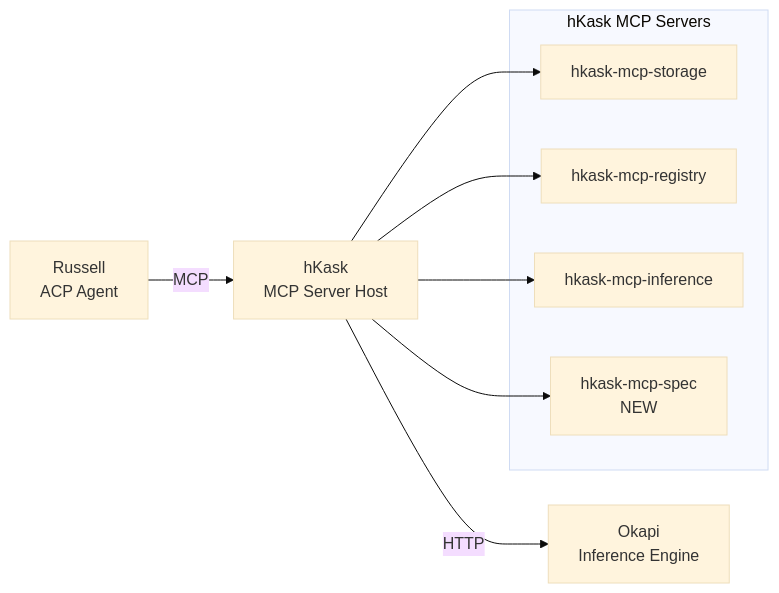
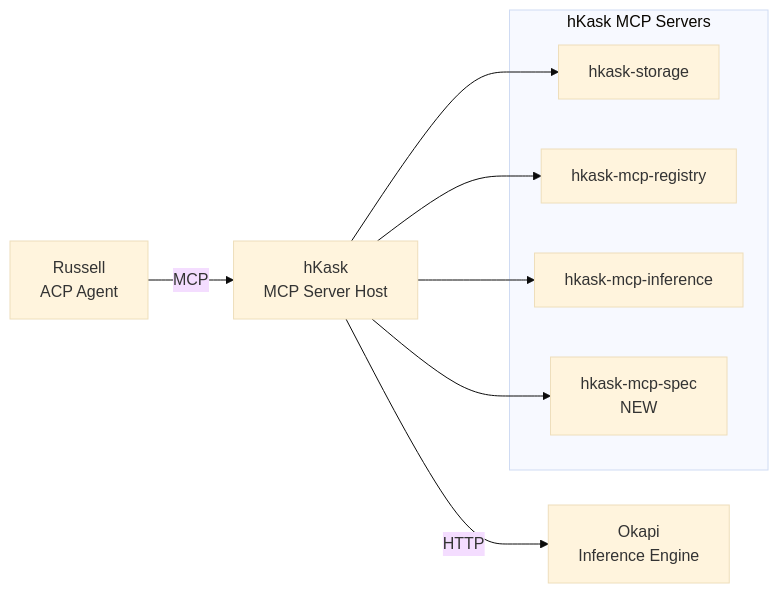
Before and after one commit to mdz-axo/hKask: the second of 2 diagrams in docs/architecture/spec-curation-hypothesis.md, drawn with Mermaid (base theme). The commit also changed 33 other files, not shown here.

````diff
--- a/docs/architecture/spec-curation-hypothesis.md
+++ b/docs/architecture/spec-curation-hypothesis.md
@@ -354,17 +354,17 @@
 ```mermaid
 graph LR
     Russell[Russell<br/>ACP Agent] -->|MCP| hKask[hKask<br/>MCP Server Host]
     hKask -->|HTTP| Okapi[Okapi<br/>Inference Engine]
     
     subgraph "hKask MCP Servers"
-        M1[hkask-mcp-storage]
+        M1[hkask-storage]
         M2[hkask-mcp-registry]
         M3[hkask-mcp-inference]
         M4[hkask-mcp-spec<br/>NEW]
     end
     
     hKask --> M1
     hKask --> M2
     hKask --> M3
     hKask --> M4
 ```
````
